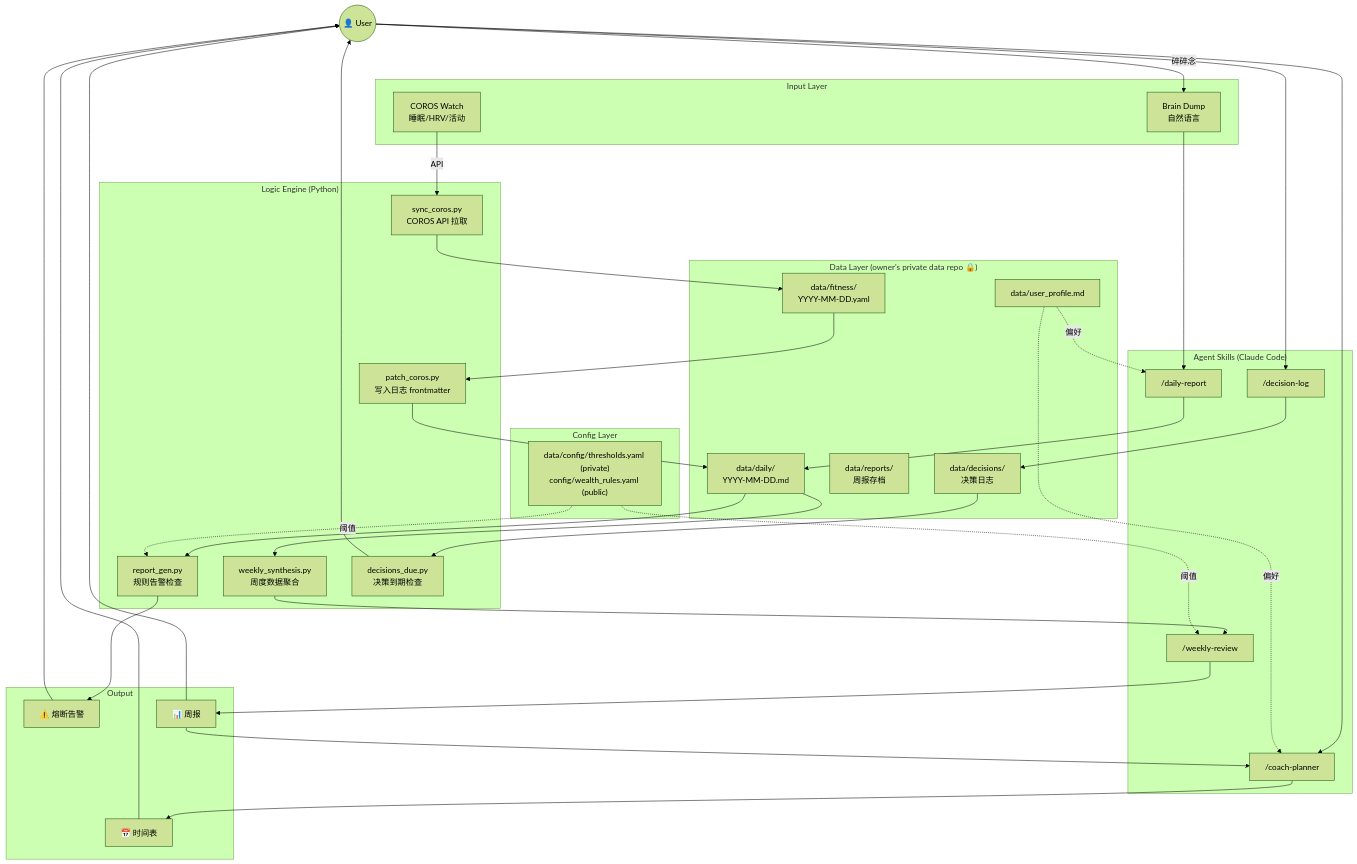
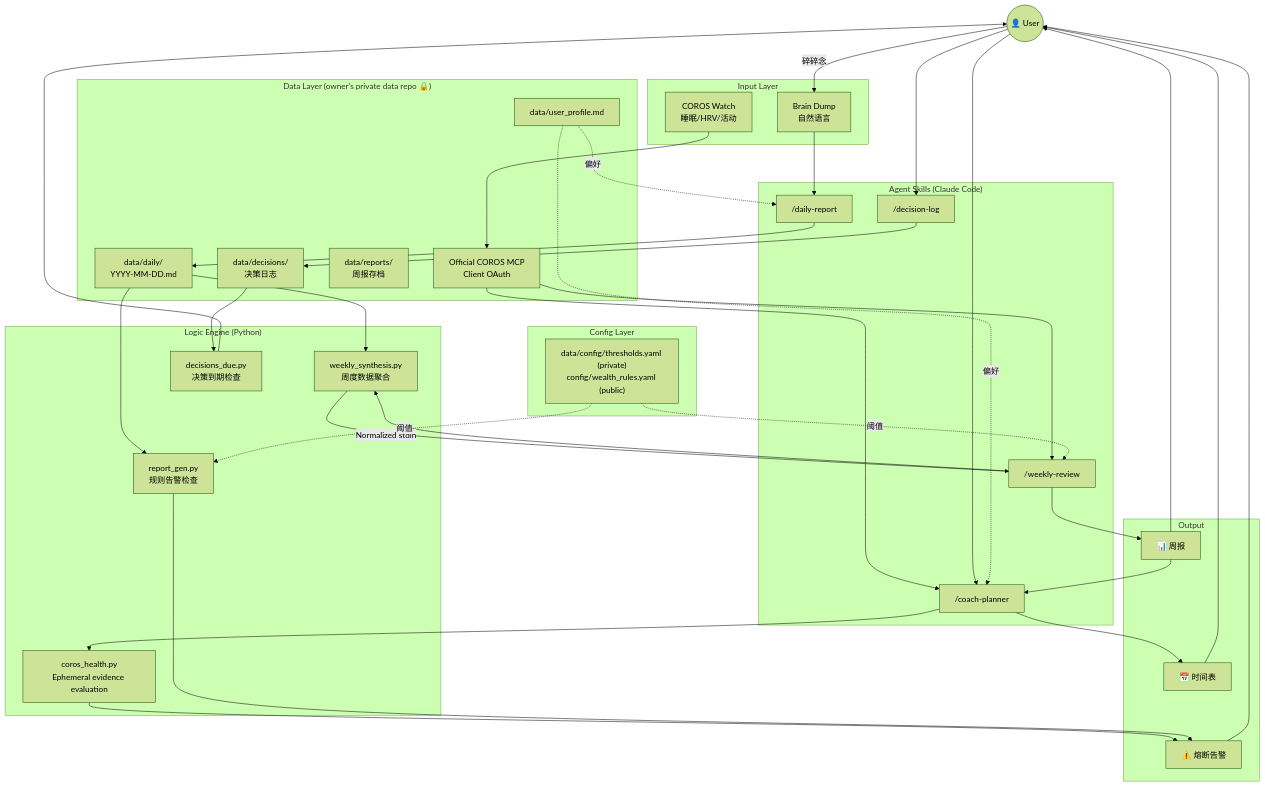
Before and after one commit to KelvinYou/personal-os: the first of 7 diagrams in ARCHITECTURE.md, drawn with Mermaid (forest theme). The commit also changed other lines of this file and 19 other files, not shown here.

Commit message:
docs: update architecture, workflow SOP, roadmap and correction queue

````diff
--- a/ARCHITECTURE.md
+++ b/ARCHITECTURE.md
@@ -15,57 +15,58 @@
 ```mermaid
 graph TB
     User((👤 User))
 
     subgraph Input ["Input Layer"]
         BD["Brain Dump<br/>自然语言"]
         COROS_HW["COROS Watch<br/>睡眠/HRV/活动"]
     end
 
     subgraph Agents ["Agent Skills (Claude Code)"]
         DR["/daily-report"]
         CP["/coach-planner"]
         WR["/weekly-review"]
         DJL["/decision-log"]
     end
 
     subgraph Engine ["Logic Engine (Python)"]
-        SC["sync_coros.py<br/>COROS API 拉取"]
-        PC["patch_coros.py<br/>写入日志 frontmatter"]
+        CH["coros_health.py<br/>Ephemeral evidence evaluation"]
         RG["report_gen.py<br/>规则告警检查"]
         WS["weekly_synthesis.py<br/>周度数据聚合"]
         DD["decisions_due.py<br/>决策到期检查"]
     end
 
     subgraph Store ["Data Layer (owner's private data repo 🔒)"]
         DL["data/daily/<br/>YYYY-MM-DD.md"]
-        FIT["data/fitness/<br/>YYYY-MM-DD.yaml"]
+        MCP["Official COROS MCP<br/>Client OAuth"]
         RPT["data/reports/<br/>周报存档"]
         DEC["data/decisions/<br/>决策日志"]
         UP["data/user_profile.md"]
     end
 
     subgraph Config ["Config Layer"]
         CFG["data/config/thresholds.yaml (private)<br/>config/wealth_rules.yaml (public)"]
     end
 
     subgraph Output ["Output"]
         ALERT["⚠️ 熔断告警"]
         SCHED["📅 时间表"]
         REPORT["📊 周报"]
     end
 
     User -- "碎碎念" --> BD
     BD --> DR --> DL
-    COROS_HW -- "API" --> SC --> FIT
-    FIT --> PC --> DL
+    COROS_HW --> MCP
+    MCP --> CP & WR
+    CP --> CH --> ALERT
+    WR -- "Normalized stdin" --> WS
     DL --> RG --> ALERT --> User
     DL --> WS --> WR --> REPORT --> User
     REPORT --> CP
     User --> CP --> SCHED --> User
     User --> DJL --> DEC
     DEC --> DD --> User
     CFG -. "阈值" .-> RG
     CFG -. "阈值" .-> WR
     UP -. "偏好" .-> DR
     UP -. "偏好" .-> CP
 ```
````
